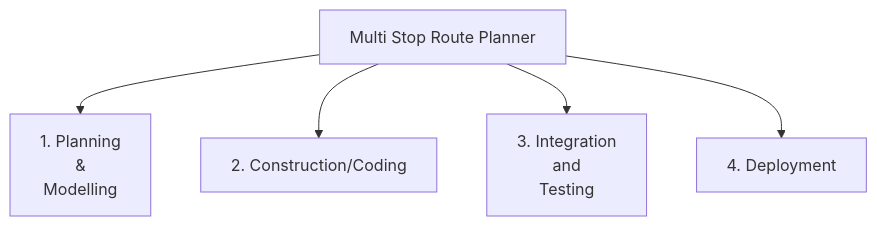
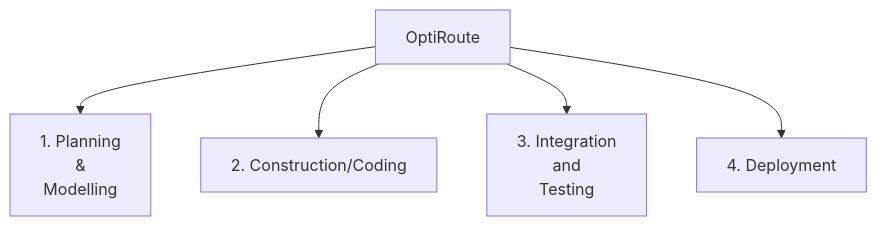
One commit to bholebaba0135/Destiny-Defined_TARP changed the first of 7 diagrams in README.md. Above: the diagram before and after it, drawn with Mermaid. The commit also changed other lines of this file and 3 other files, not shown here.

````diff
--- a/README.md
+++ b/README.md
@@ -180,10 +110,7 @@
 ```mermaid
 graph TD
-id1[Multi Stop Route Planner] --> id2[1. Planning<br>&<br>Modelling]
+id1[OptiRoute] --> id2[1. Planning<br>&<br>Modelling]
 id1 --> id3[2. Construction/Coding]
 id1 --> id4[3. Integration<br>and<br>Testing]
 id1 --> id5[4. Deployment]
-
-
-
 ```
````
